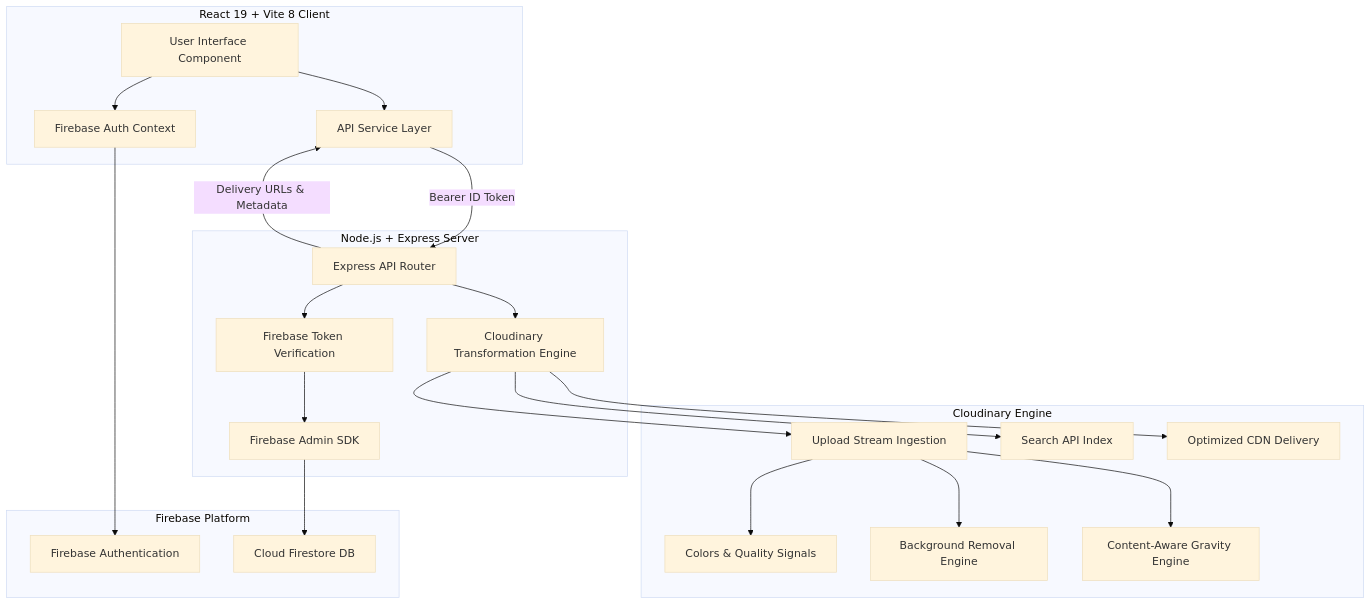
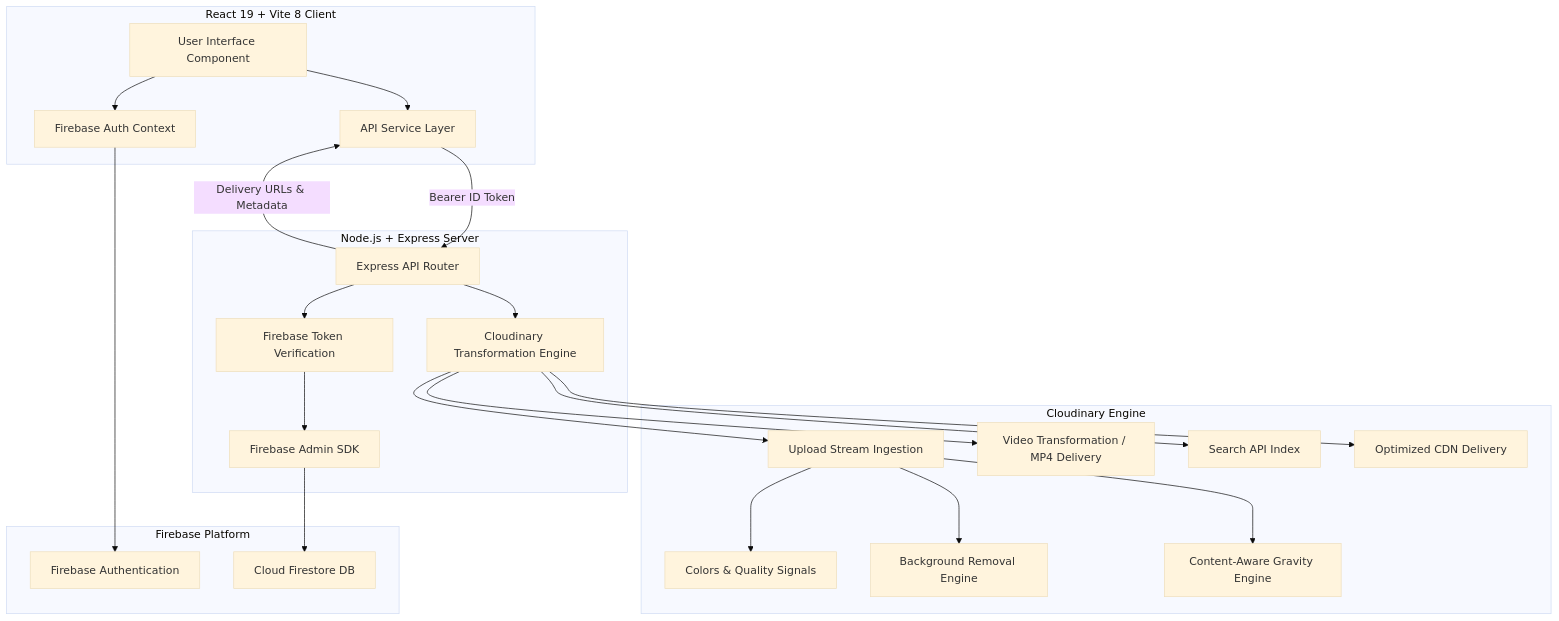
The diagram in README.md (ilesh18/cloudinary), drawn with Mermaid (base theme) before and after one commit. The commit also changed other lines of this file, not shown here.

````diff
--- a/README.md
+++ b/README.md
@@ -127,47 +280,53 @@
 ```mermaid
 flowchart TD
+
     subgraph Client["React 19 + Vite 8 Client"]
         UI["User Interface Component"]
         AuthContext["Firebase Auth Context"]
         APIService["API Service Layer"]
     end
 
     subgraph Server["Node.js + Express Server"]
         Router["Express API Router"]
         AuthMiddleware["Firebase Token Verification"]
         CloudinaryService["Cloudinary Transformation Engine"]
         FirestoreConfig["Firebase Admin SDK"]
     end
 
     subgraph CloudinaryCloud["Cloudinary Engine"]
         UploadAPI["Upload Stream Ingestion"]
         AnalysisAI["Colors & Quality Signals"]
         BgRemoval["Background Removal Engine"]
         SmartCrop["Content-Aware Gravity Engine"]
+        VideoPipeline["Video Transformation / MP4 Delivery"]
         SearchAPI["Search API Index"]
         CDN["Optimized CDN Delivery"]
     end
 
     subgraph FirebaseCloud["Firebase Platform"]
         FirebaseAuth["Firebase Authentication"]
         Firestore["Cloud Firestore DB"]
     end
 
     UI --> AuthContext
     AuthContext --> FirebaseAuth
+
     UI --> APIService
     APIService -->|"Bearer ID Token"| Router
+
     Router --> AuthMiddleware
     AuthMiddleware --> FirestoreConfig
     Router --> CloudinaryService
 
     CloudinaryService --> UploadAPI
     UploadAPI --> AnalysisAI
     UploadAPI --> BgRemoval
     UploadAPI --> SmartCrop
+    CloudinaryService --> VideoPipeline
     CloudinaryService --> SearchAPI
     CloudinaryService --> CDN
 
     FirestoreConfig --> Firestore
+
     Router -->|"Delivery URLs & Metadata"| APIService
 ```
````
